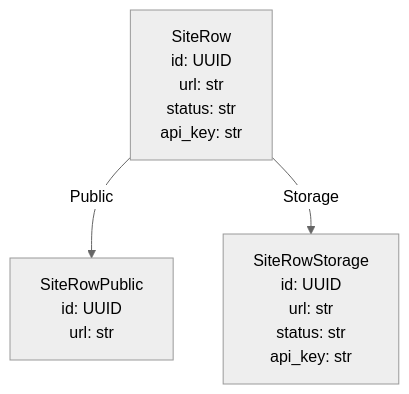
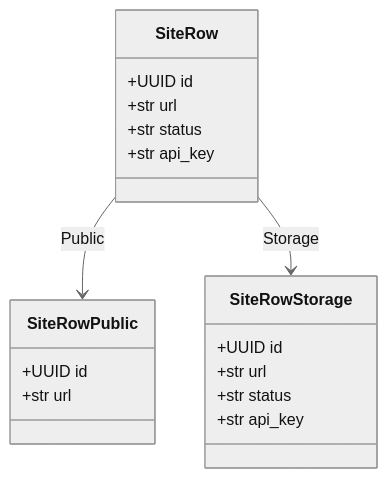
One commit to release-art/pydantic-prism changed the second of 2 diagrams in examples/partial_update/README.md. Above: the diagram before and after it, drawn with Mermaid (neutral theme). The commit also changed other lines of this file and 7 other files, not shown here.

````diff
--- a/examples/partial_update/README.md
+++ b/examples/partial_update/README.md
@@ -17,9 +17,22 @@
 ```mermaid
-graph TD
-    SiteRow["SiteRow<br/>id: UUID<br/>url: str<br/>status: str<br/>api_key: str"]
-    SiteRowPublic["SiteRowPublic<br/>id: UUID<br/>url: str"]
-    SiteRowStorage["SiteRowStorage<br/>id: UUID<br/>url: str<br/>status: str<br/>api_key: str"]
-    SiteRow -->|"Public"| SiteRowPublic
-    SiteRow -->|"Storage"| SiteRowStorage
-    classDef partial stroke-dasharray: 5 5;
+classDiagram
+    direction TB
+    class SiteRow {
+        +UUID id
+        +str url
+        +str status
+        +str api_key
+    }
+    class SiteRowPublic {
+        +UUID id
+        +str url
+    }
+    class SiteRowStorage {
+        +UUID id
+        +str url
+        +str status
+        +str api_key
+    }
+    SiteRow --> SiteRowPublic : Public
+    SiteRow --> SiteRowStorage : Storage
 ```
````
